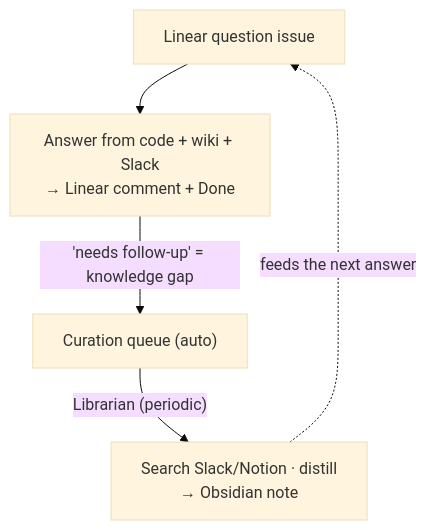
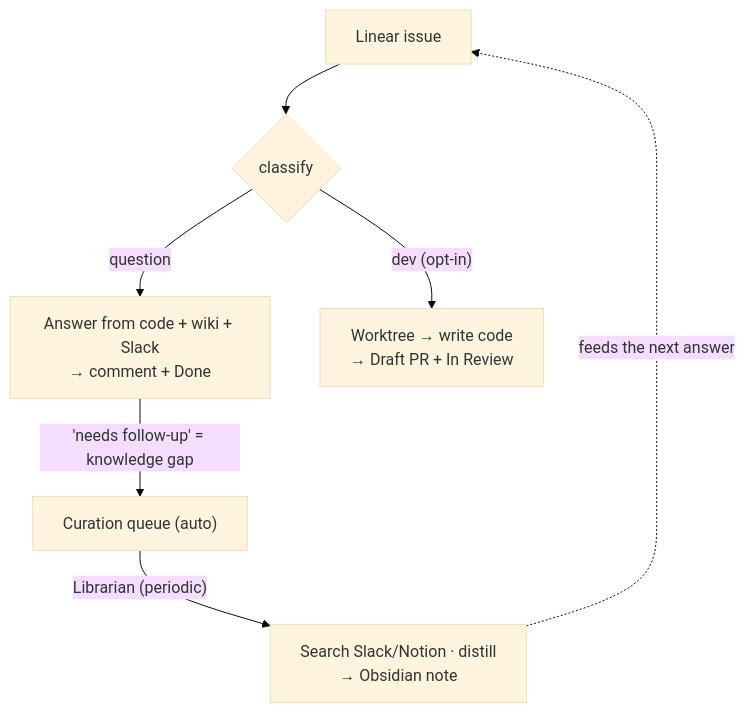
The diagram in README.md (jaden680/symphony-librarian), drawn with Mermaid (base theme) before and after one commit. The commit also changed other lines of this file and 18 other files, not shown here.

````diff
--- a/README.md
+++ b/README.md
@@ -8,7 +9,9 @@
 ```mermaid
 flowchart TD
-    Q["Linear question issue"] --> A["Answer from code + wiki + Slack<br/>→ Linear comment + Done"]
+    Q["Linear issue"] --> CL{"classify"}
+    CL -->|"question"| A["Answer from code + wiki + Slack<br/>→ comment + Done"]
+    CL -->|"dev (opt-in)"| D["Worktree → write code<br/>→ Draft PR + In Review"]
     A -->|"'needs follow-up' = knowledge gap"| C["Curation queue (auto)"]
     C -->|"Librarian (periodic)"| K["Search Slack/Notion · distill<br/>→ Obsidian note"]
     K -.->|"feeds the next answer"| Q
 ```
````
